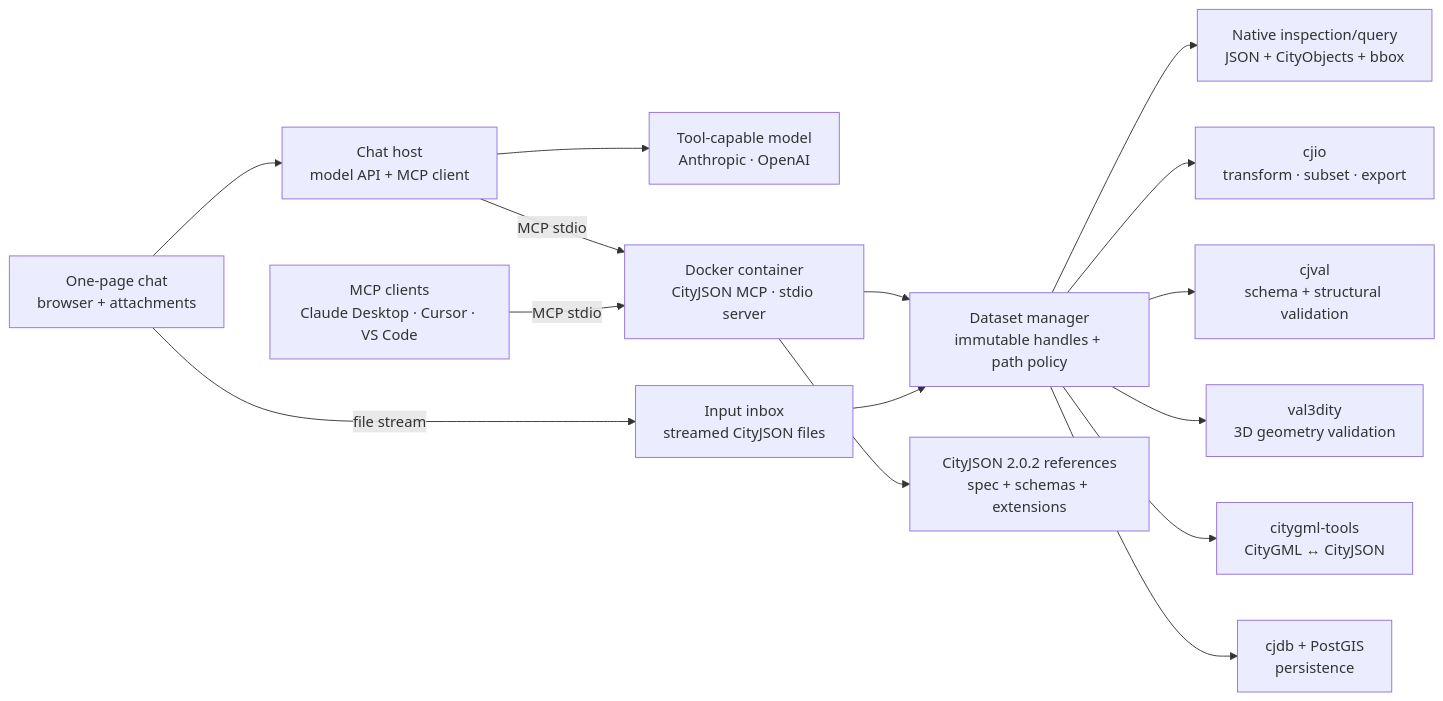
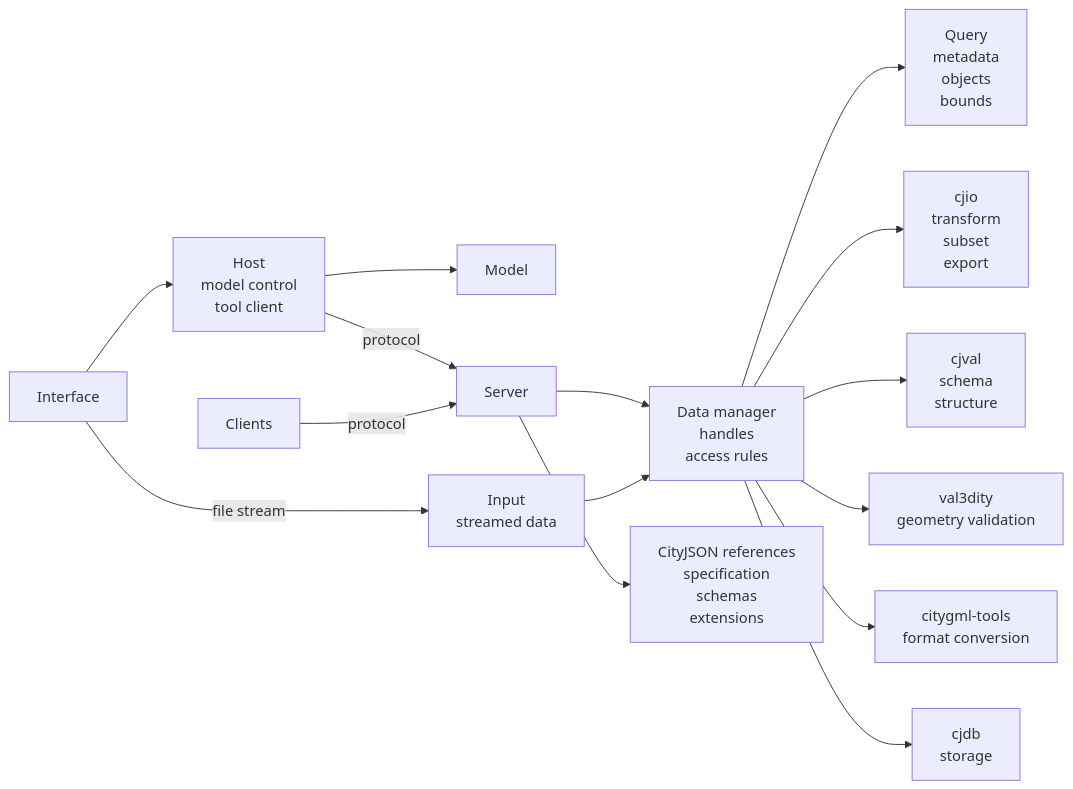
The diagram in diagrams/architecture.mmd (Yarroudh/cityjson-mcp), drawn with Mermaid before and after one commit.

Commit message:
Revise architecture diagram for clarity and updates

```diff
--- a/diagrams/architecture.mmd
+++ b/diagrams/architecture.mmd
@@ -1,30 +1,37 @@
 flowchart LR
-  CLIENT["MCP clients<br/>Claude Desktop · Cursor · VS Code"]
-  BROWSER["One-page chat<br/>browser + attachments"]
-  CHAT["Chat host<br/>model API + MCP client"]
-  MODEL["Tool-capable model<br/>Anthropic · OpenAI"]
-  INPUT["Input inbox<br/>streamed CityJSON files"]
-  SERVER["Docker container<br/>CityJSON MCP · stdio server"]
-  CORE["Dataset manager<br/>immutable handles + path policy"]
-  NATIVE["Native inspection/query<br/>JSON + CityObjects + bbox"]
-  CJIO["cjio<br/>transform · subset · export"]
-  CJVAL["cjval<br/>schema + structural validation"]
-  VAL3["val3dity<br/>3D geometry validation"]
-  CGML["citygml-tools<br/>CityGML ↔ CityJSON"]
-  CJDB["cjdb + PostGIS<br/>persistence"]
-  KNOW["CityJSON 2.0.2 references<br/>spec + schemas + extensions"]
+  CLIENT["Clients"]
+  BROWSER["Interface"]
+  CHAT["Host<br/>model control<br/>tool client"]
+  MODEL["Model"]
+  INPUT["Input<br/>streamed data"]
 
-  CLIENT -->|MCP stdio| SERVER
+  SERVER["Server"]
+  CORE["Data manager<br/>handles<br/>access rules"]
+
+  NATIVE["Query<br/>metadata<br/>objects<br/>bounds"]
+  CJIO["cjio<br/>transform<br/>subset<br/>export"]
+  CJVAL["cjval<br/>schema<br/>structure"]
+  VAL3["val3dity<br/>geometry validation"]
+  CGML["citygml-tools<br/>format conversion"]
+  CJDB["cjdb<br/>storage"]
+  KNOW["CityJSON references<br/>specification<br/>schemas<br/>extensions"]
+
+  CLIENT -->|protocol| SERVER
+
   BROWSER --> CHAT
   BROWSER -->|file stream| INPUT
+
   CHAT --> MODEL
-  CHAT -->|MCP stdio| SERVER
+  CHAT -->|protocol| SERVER
+
   INPUT --> CORE
   SERVER --> CORE
+
   CORE --> NATIVE
   CORE --> CJIO
   CORE --> CJVAL
   CORE --> VAL3
   CORE --> CGML
   CORE --> CJDB
+
   SERVER --> KNOW
```
